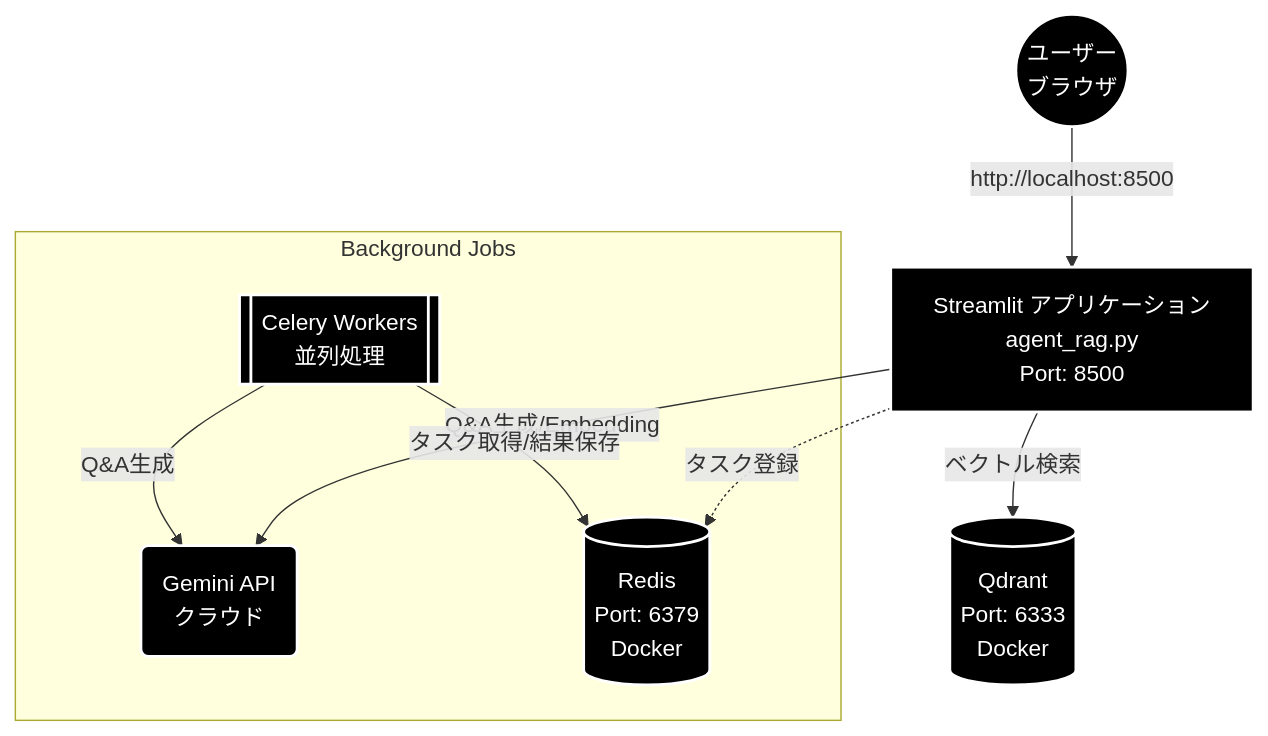
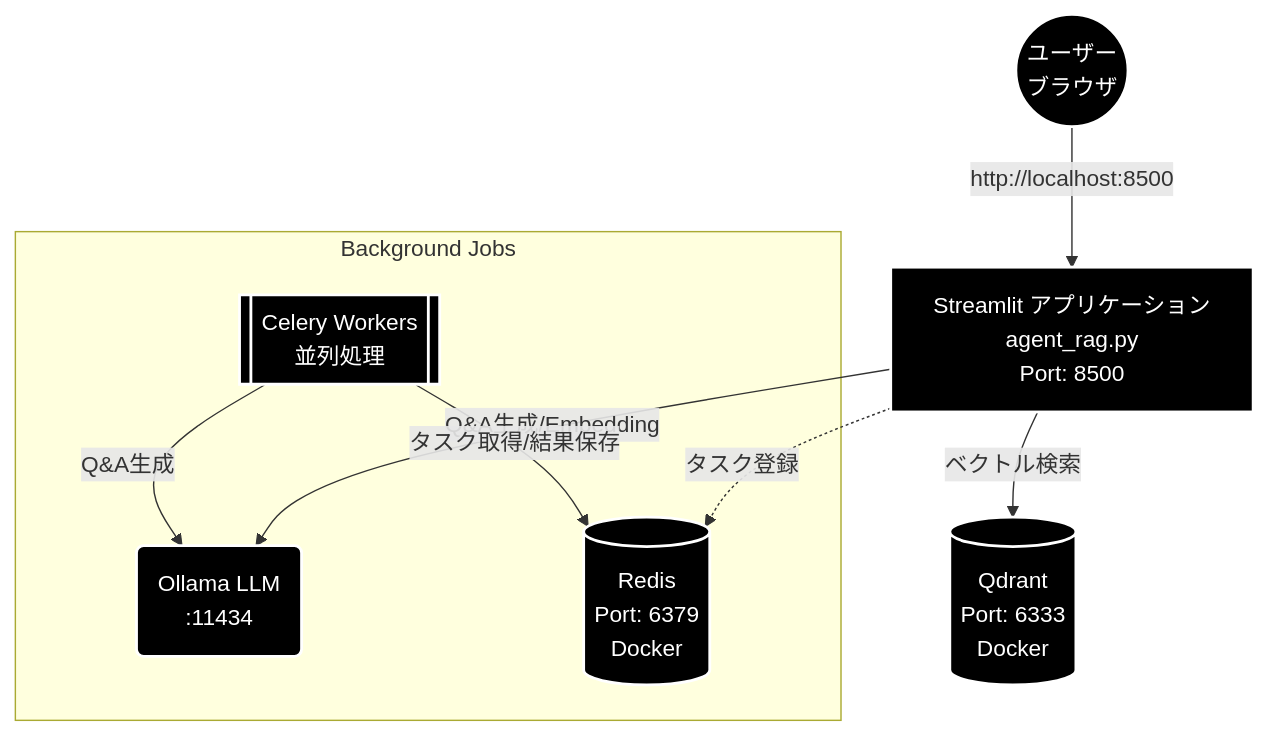
One commit to nakashima2toshio/ollama_grace_agent changed the diagram in readme_make_env.md. Above: the diagram before and after it, drawn with Mermaid. The commit also changed other lines of this file, not shown here.

First line of the commit message:
docs: update readme_make_env.md from Gemini to Ollama backend

````diff
--- a/readme_make_env.md
+++ b/readme_make_env.md
@@ -11,21 +11,21 @@
 ```mermaid
 graph TD
     User((ユーザー<br>ブラウザ)) -->|http://localhost:8500| Streamlit[Streamlit アプリケーション<br>agent_rag.py<br>Port: 8500]
 
-    Streamlit -->|Q&A生成/Embedding| Gemini(Gemini API<br>クラウド)
+    Streamlit -->|Q&A生成/Embedding| Ollama(Ollama LLM<br>:11434)
     Streamlit -->|ベクトル検索| Qdrant[(Qdrant<br>Port: 6333<br>Docker)]
     Streamlit -.->|タスク登録| Redis[(Redis<br>Port: 6379<br>Docker)]
 
     subgraph Background Jobs
         Celery[[Celery Workers<br>並列処理]]
         Celery -->|タスク取得/結果保存| Redis
-        Celery -->|Q&A生成| Gemini
+        Celery -->|Q&A生成| Ollama
     end
 
     style User fill:#000,stroke:#fff,stroke-width:2px,color:#fff
     style Streamlit fill:#000,stroke:#fff,stroke-width:2px,color:#fff
-    style Gemini fill:#000,stroke:#fff,stroke-width:2px,color:#fff
+    style Ollama fill:#000,stroke:#fff,stroke-width:2px,color:#fff
     style Qdrant fill:#000,stroke:#fff,stroke-width:2px,color:#fff
     style Redis fill:#000,stroke:#fff,stroke-width:2px,color:#fff
     style Celery fill:#000,stroke:#fff,stroke-width:2px,color:#fff
 ```
````
